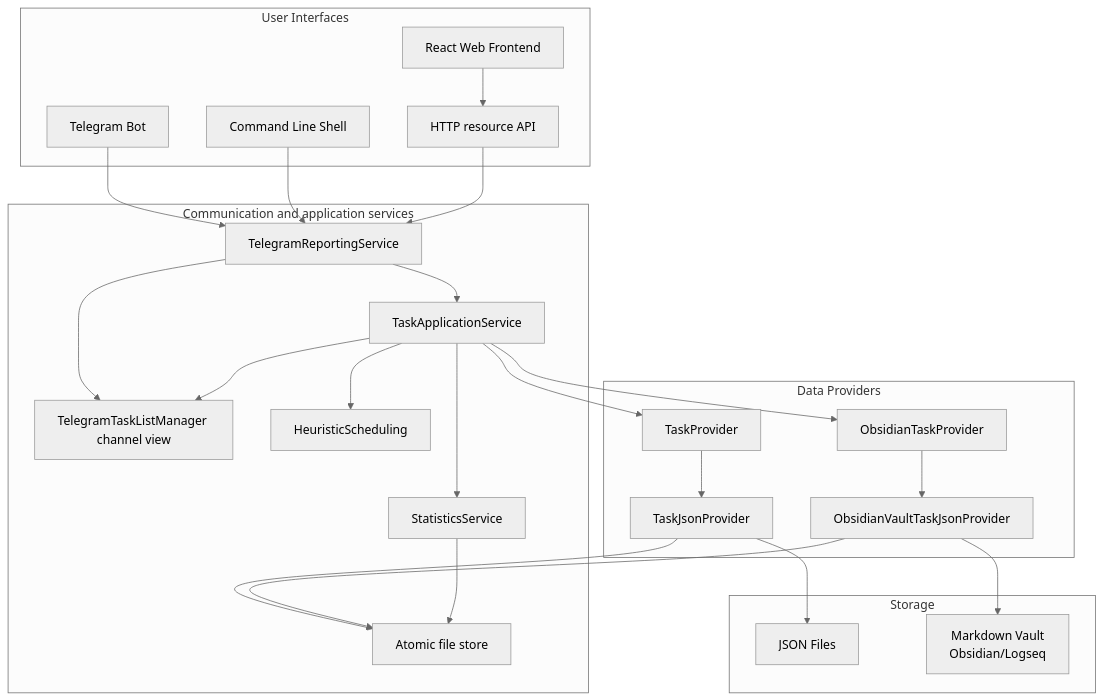
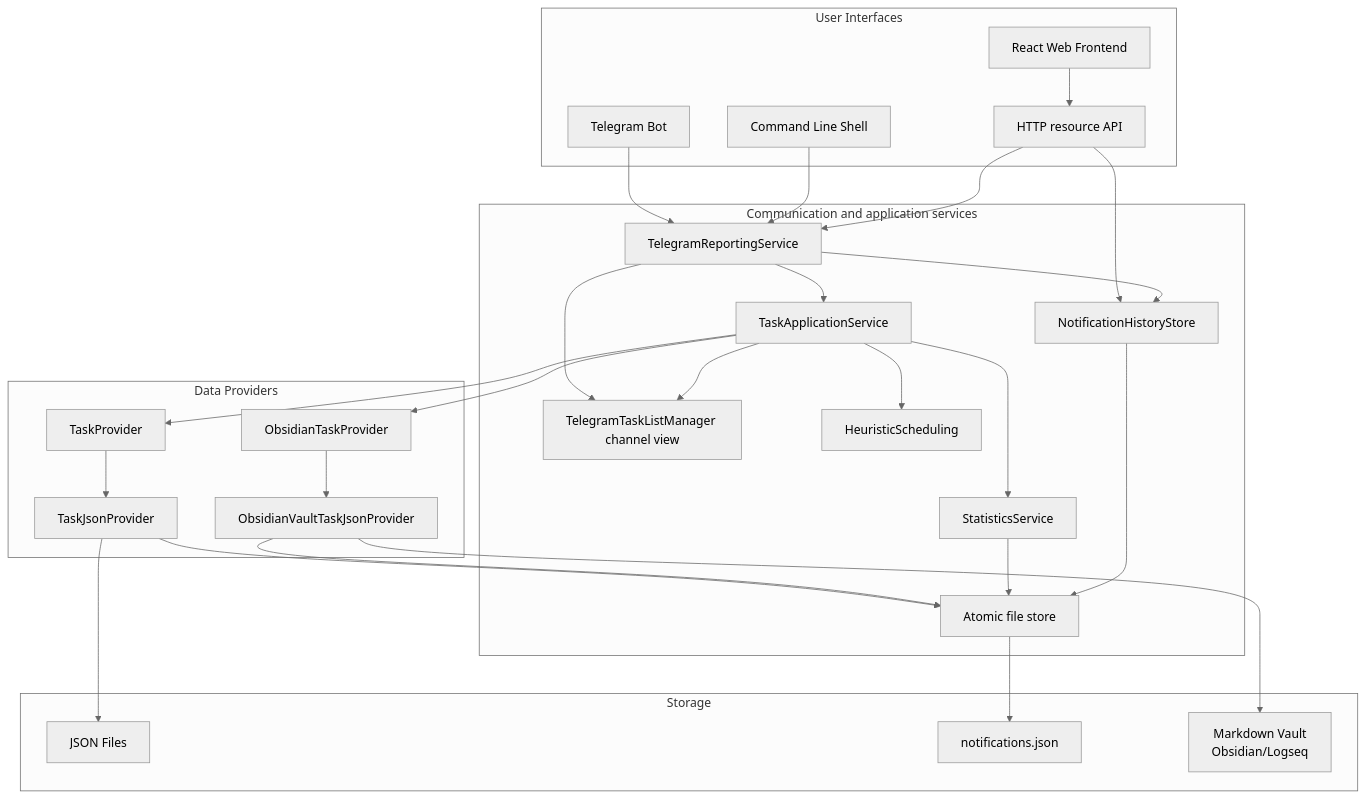
Before and after one commit to ElrikPiro/advanced-task-manager: the diagram in ARCHITECTURE.md, drawn with Mermaid (neutral theme). The commit also changed other lines of this file and 14 other files, not shown here.

````diff
--- a/ARCHITECTURE.md
+++ b/ARCHITECTURE.md
@@ -9,49 +9,55 @@
 ```mermaid
 graph TB
     subgraph "User Interfaces"
         A[Telegram Bot]
         B[Command Line Shell]
         C[HTTP resource API]
         M[React Web Frontend]
     end
 
     subgraph "Communication and application services"
         D[TelegramReportingService]
         E[TaskApplicationService]
         F[TelegramTaskListManager channel view]
         G[HeuristicScheduling]
         H[StatisticsService]
         P[Atomic file store]
+        R[NotificationHistoryStore]
     end
 
     subgraph "Data Providers"
         I[TaskProvider]
         J[TaskJsonProvider]
         K[ObsidianTaskProvider]
         L[ObsidianVaultTaskJsonProvider]
     end
 
     subgraph "Storage"
         N[JSON Files]
+        Q[notifications.json]
         O[Markdown Vault<br/>Obsidian/Logseq]
     end
 
     A --> D
     B --> D
     C --> D
     M --> C
     D --> E
     D --> F
     E --> F
     E --> G
     E --> H
     E --> I
     E --> K
+    C --> R
+    D --> R
     I --> J
     J --> N
     K --> L
     L --> O
     J --> P
     L --> P
     H --> P
+    R --> P
+    P --> Q
 ```
````
